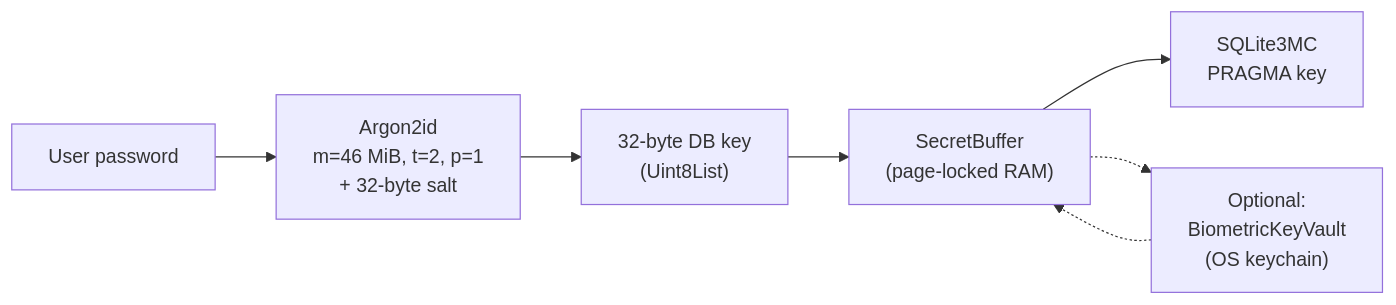
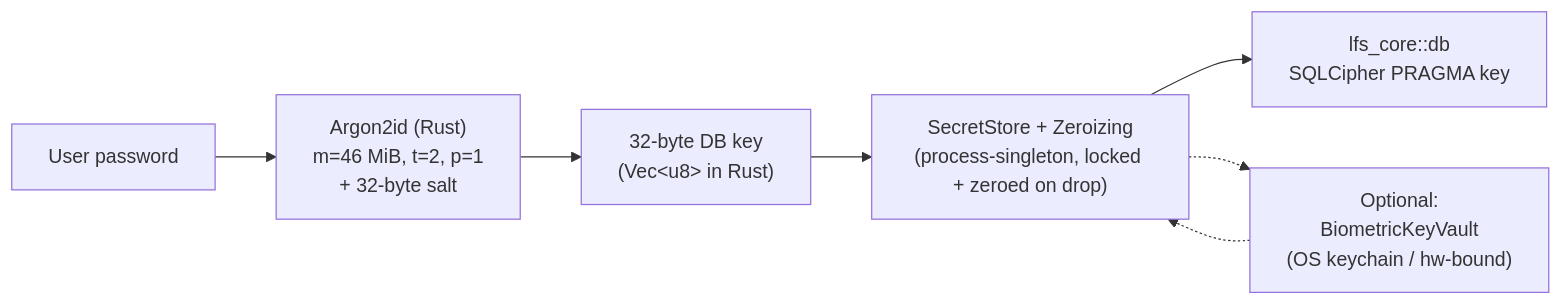
The fourth of 13 diagrams in docs/ARCHITECTURE.md (Llloooggg/LetsFLUTssh), drawn with Mermaid before and after one commit. The commit also changed other lines of this file, not shown here.

First line of the commit message:
docs(architecture): rewrite §3.1 SSH / §3.2 SFTP / §3.6 Security for the Rust core

````diff
--- a/docs/ARCHITECTURE.md
+++ b/docs/ARCHITECTURE.md
@@ -887,9 +886,9 @@
 ```mermaid
 flowchart LR
-    A[User password] --> B["Argon2id<br/>m=46 MiB, t=2, p=1<br/>+ 32-byte salt"]
-    B --> C["32-byte DB key<br/>(Uint8List)"]
-    C --> D["SecretBuffer<br/>(page-locked RAM)"]
-    D --> E[SQLite3MC<br/>PRAGMA key]
-    D -.-> F["Optional:<br/>BiometricKeyVault<br/>(OS keychain)"]
+    A[User password] --> B["Argon2id (Rust)<br/>m=46 MiB, t=2, p=1<br/>+ 32-byte salt"]
+    B --> C["32-byte DB key<br/>(Vec&lt;u8&gt; in Rust)"]
+    C --> D["SecretStore + Zeroizing<br/>(process-singleton, locked + zeroed on drop)"]
+    D --> E["lfs_core::db<br/>SQLCipher PRAGMA key"]
+    D -.-> F["Optional:<br/>BiometricKeyVault<br/>(OS keychain / hw-bound)"]
     F -.-> D
 ```
````
